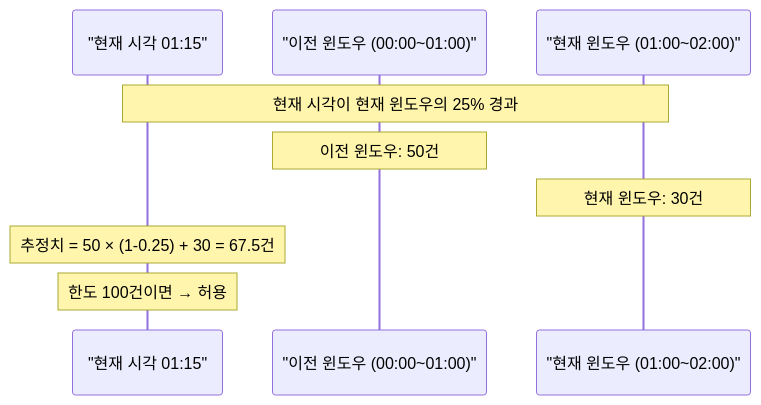
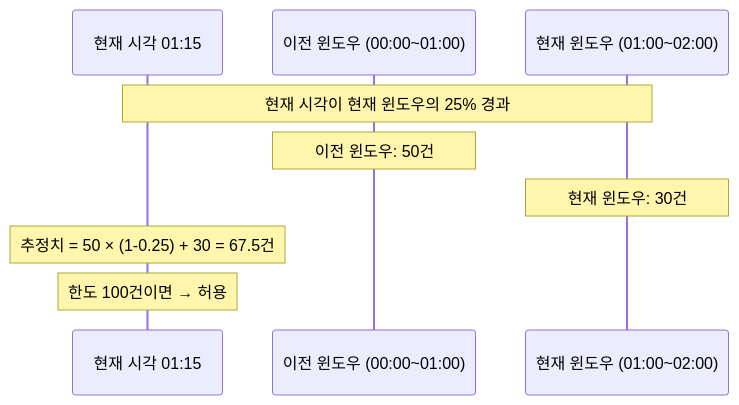
Before and after one commit to yjkim2015/yjkim2015.github.io: the second of 6 diagrams in _posts/systemdesign/2026-05-02-system-design-rate-limiter.md, drawn with Mermaid. The commit also changed 60 other files, not shown here.

First line of the commit message:
sequenceDiagram 문법 에러 수정 92개

````diff
--- a/_posts/systemdesign/2026-05-02-system-design-rate-limiter.md
+++ b/_posts/systemdesign/2026-05-02-system-design-rate-limiter.md
@@ -420,11 +420,11 @@
 ```mermaid
 sequenceDiagram
-    participant C as "현재 시각 01:15"
-    participant P as "이전 윈도우 (00:00~01:00)"
-    participant N as "현재 윈도우 (01:00~02:00)"
+    participant C as 현재 시각 01:15
+    participant P as 이전 윈도우 (00:00~01:00)
+    participant N as 현재 윈도우 (01:00~02:00)
     Note over C,N: 현재 시각이 현재 윈도우의 25% 경과
     Note over P: 이전 윈도우: 50건
     Note over N: 현재 윈도우: 30건
     Note over C: 추정치 = 50 × (1-0.25) + 30 = 67.5건
     Note over C: 한도 100건이면 → 허용
 ```
````
